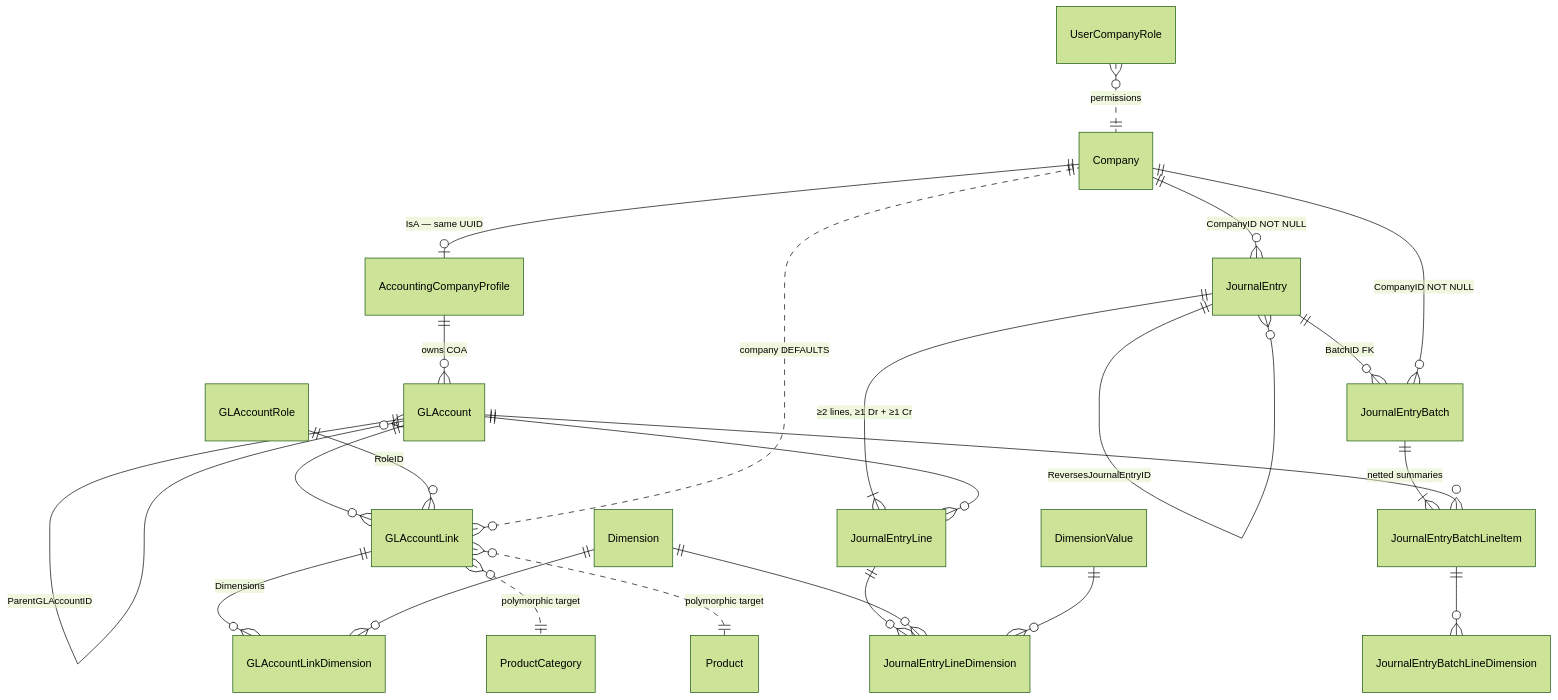
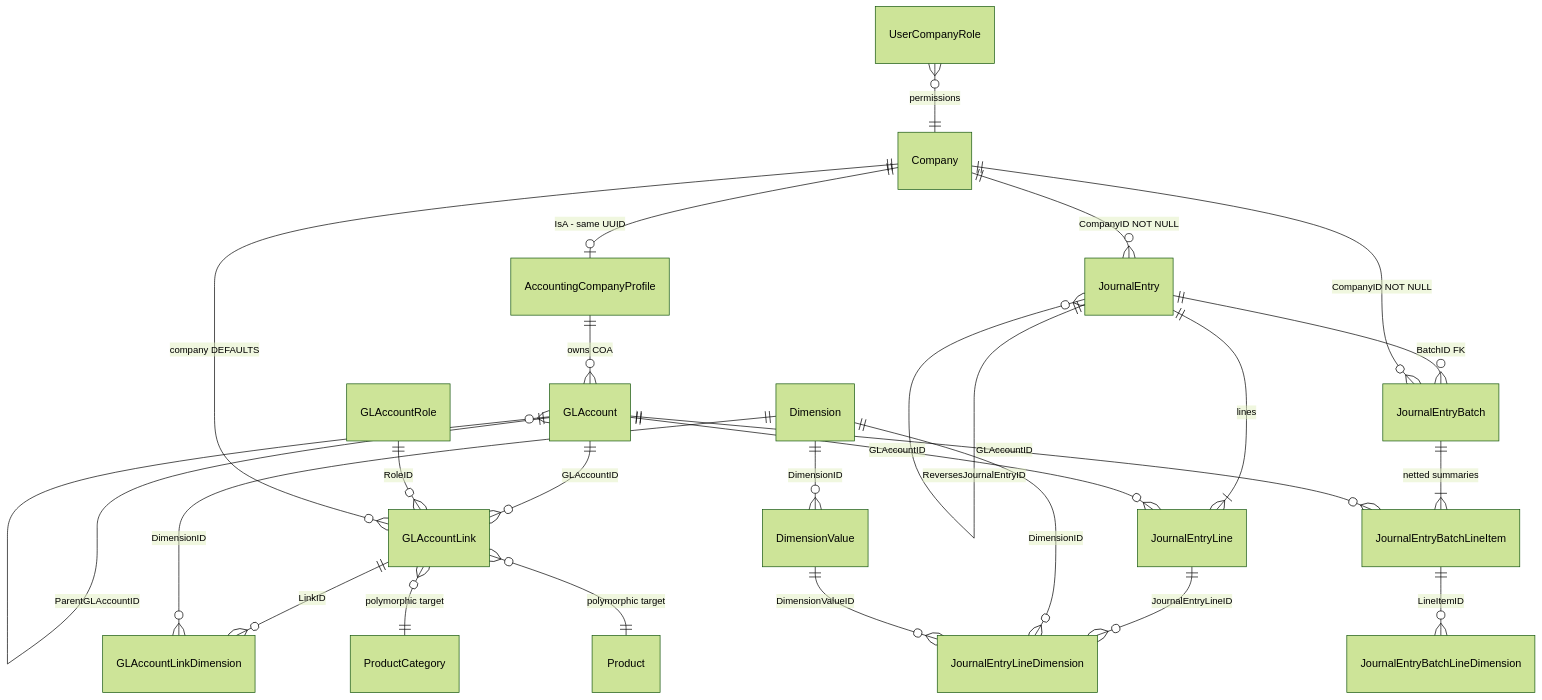
Before and after one commit to MemberJunction/bizapps-accounting: the first of 2 diagrams in plans/MASTER-PLAN.md, drawn with Mermaid (forest theme).

Commit message:
fix(plans): update Mermaid diagram syntax for VSCode preview compatibility

````diff
--- a/plans/MASTER-PLAN.md
+++ b/plans/MASTER-PLAN.md
@@ -50,28 +50,29 @@
 ```mermaid
 erDiagram
-    Company ||--o| AccountingCompanyProfile : "IsA — same UUID"
+    Company ||--o| AccountingCompanyProfile : "IsA - same UUID"
     AccountingCompanyProfile ||--o{ GLAccount : "owns COA"
     GLAccount ||--o{ GLAccount : "ParentGLAccountID"
-    GLAccount ||--o{ GLAccountLink : ""
+    GLAccount ||--o{ GLAccountLink : "GLAccountID"
     GLAccountRole ||--o{ GLAccountLink : "RoleID"
-    GLAccountLink ||--o{ GLAccountLinkDimension : "Dimensions"
-    Dimension ||--o{ GLAccountLinkDimension : ""
-    GLAccountLink }o..|| Company : "company DEFAULTS"
-    GLAccountLink }o..|| ProductCategory : "polymorphic target"
-    GLAccountLink }o..|| Product : "polymorphic target"
+    GLAccountLink ||--o{ GLAccountLinkDimension : "LinkID"
+    Dimension ||--o{ GLAccountLinkDimension : "DimensionID"
+    GLAccountLink }o--|| Company : "company DEFAULTS"
+    GLAccountLink }o--|| ProductCategory : "polymorphic target"
+    GLAccountLink }o--|| Product : "polymorphic target"
 
-    JournalEntry ||--|{ JournalEntryLine : "≥2 lines, ≥1 Dr + ≥1 Cr"
+    JournalEntry ||--|{ JournalEntryLine : "lines"
     Company ||--o{ JournalEntry : "CompanyID NOT NULL"
-    GLAccount ||--o{ JournalEntryLine : ""
-    JournalEntryLine ||--o{ JournalEntryLineDimension : ""
-    Dimension ||--o{ JournalEntryLineDimension : ""
-    DimensionValue ||--o{ JournalEntryLineDimension : ""
+    GLAccount ||--o{ JournalEntryLine : "GLAccountID"
+    JournalEntryLine ||--o{ JournalEntryLineDimension : "JournalEntryLineID"
+    Dimension ||--o{ JournalEntryLineDimension : "DimensionID"
+    DimensionValue ||--o{ JournalEntryLineDimension : "DimensionValueID"
+    Dimension ||--o{ DimensionValue : "DimensionID"
     JournalEntry ||--o{ JournalEntry : "ReversesJournalEntryID"
     JournalEntry ||--o{ JournalEntryBatch : "BatchID FK"
 
     Company ||--o{ JournalEntryBatch : "CompanyID NOT NULL"
     JournalEntryBatch ||--|{ JournalEntryBatchLineItem : "netted summaries"
-    JournalEntryBatchLineItem ||--o{ JournalEntryBatchLineDimension : ""
-    GLAccount ||--o{ JournalEntryBatchLineItem : ""
-    UserCompanyRole }o..|| Company : "permissions"
+    JournalEntryBatchLineItem ||--o{ JournalEntryBatchLineDimension : "LineItemID"
+    GLAccount ||--o{ JournalEntryBatchLineItem : "GLAccountID"
+    UserCompanyRole }o--|| Company : "permissions"
 ```
````
